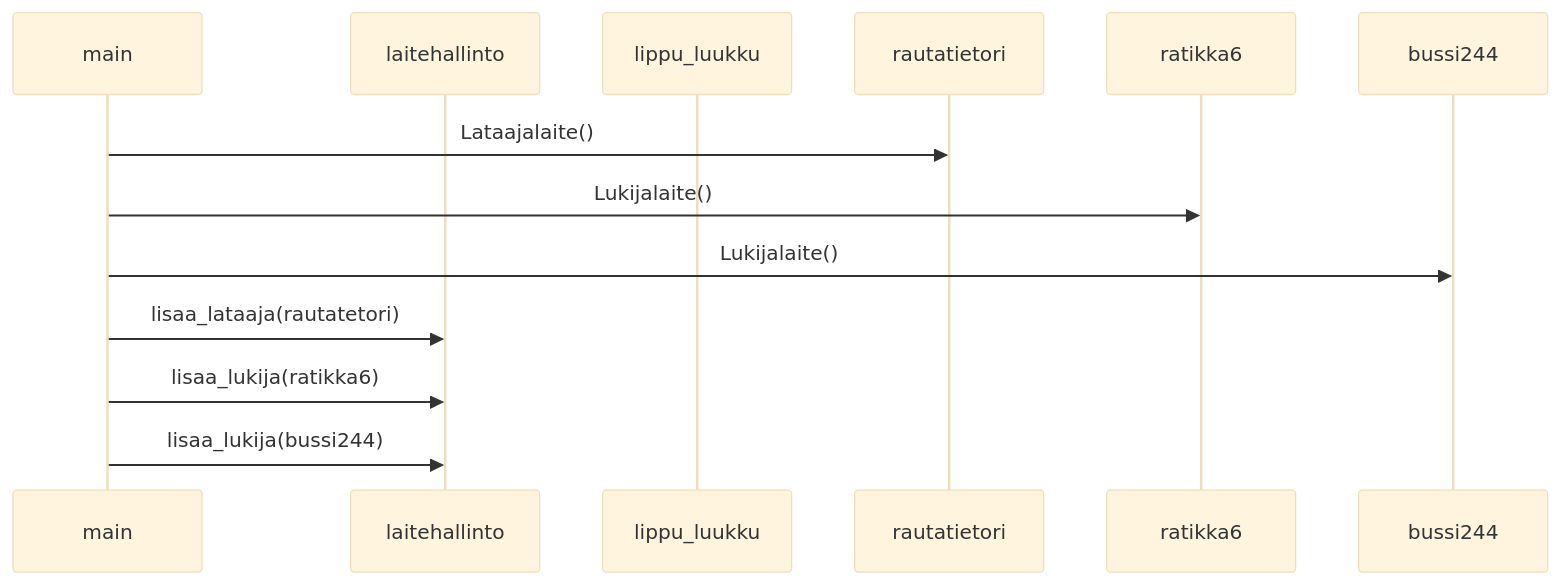
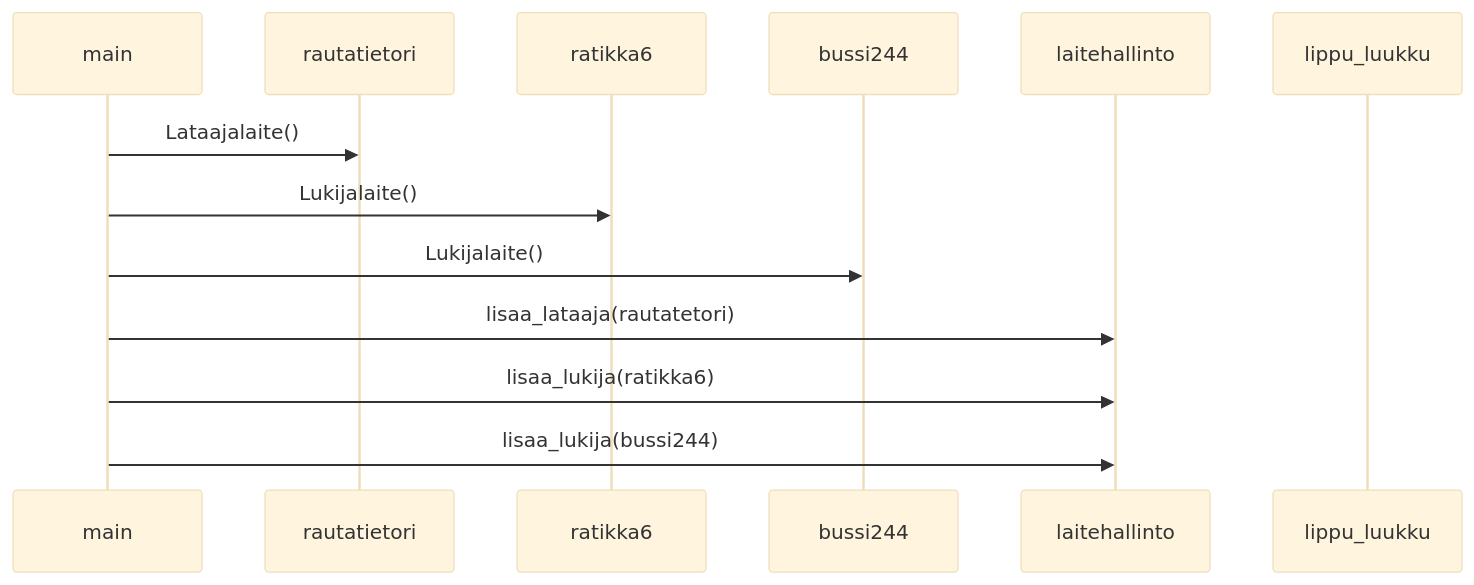
The diagram in laskarit/viikko3/sekvenssikaavio.md (Rasper-ux/ot-harjoitustyo), drawn with Mermaid (base theme) before and after one commit. The commit also changed other lines of this file, not shown here.

````diff
--- a/laskarit/viikko3/sekvenssikaavio.md
+++ b/laskarit/viikko3/sekvenssikaavio.md
@@ -1,12 +1,12 @@
 ```mermaid
  sequenceDiagram
     participant main
-    participant laitehallinto
-    participant lippu_luukku
     main ->> rautatietori: Lataajalaite()
     main ->> ratikka6: Lukijalaite()
     main ->> bussi244: Lukijalaite()
     main ->> laitehallinto: lisaa_lataaja(rautatetori)
     main ->> laitehallinto: lisaa_lukija(ratikka6)
     main ->> laitehallinto: lisaa_lukija(bussi244)
+    participant laitehallinto
+    participant lippu_luukku
 ```
````
